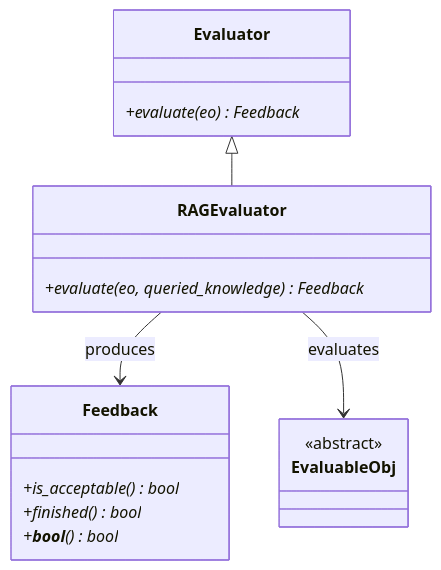
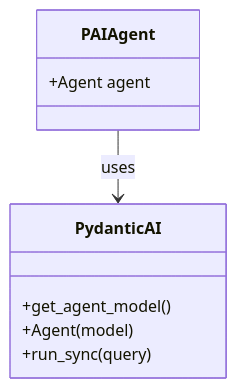
The sixth of 10 diagrams in .qoder/repowiki/zh/content/核心概念/演化代理/代理架构.md (afanty2021/RD-Agent), drawn with Mermaid before and after one commit. The commit also changed other lines of this file and 5 other files, not shown here.

````diff
--- a/.qoder/repowiki/zh/content/核心概念/演化代理/代理架构.md
+++ b/.qoder/repowiki/zh/content/核心概念/演化代理/代理架构.md
@@ -257,20 +207,12 @@
 ```mermaid
 classDiagram
-class Evaluator {
-+evaluate(eo)* Feedback
+class PAIAgent {
++Agent agent
 }
-class RAGEvaluator {
-+evaluate(eo, queried_knowledge)* Feedback
+class PydanticAI {
++get_agent_model()
++Agent(model)
++run_sync(query)
 }
-class Feedback {
-+is_acceptable()* bool
-+finished()* bool
-+__bool__()* bool
-}
-class EvaluableObj {
-<<abstract>>
-}
-Evaluator <|-- RAGEvaluator
-RAGEvaluator --> Feedback : produces
-RAGEvaluator --> EvaluableObj : evaluates
+PAIAgent --> PydanticAI : uses
 ```
````
